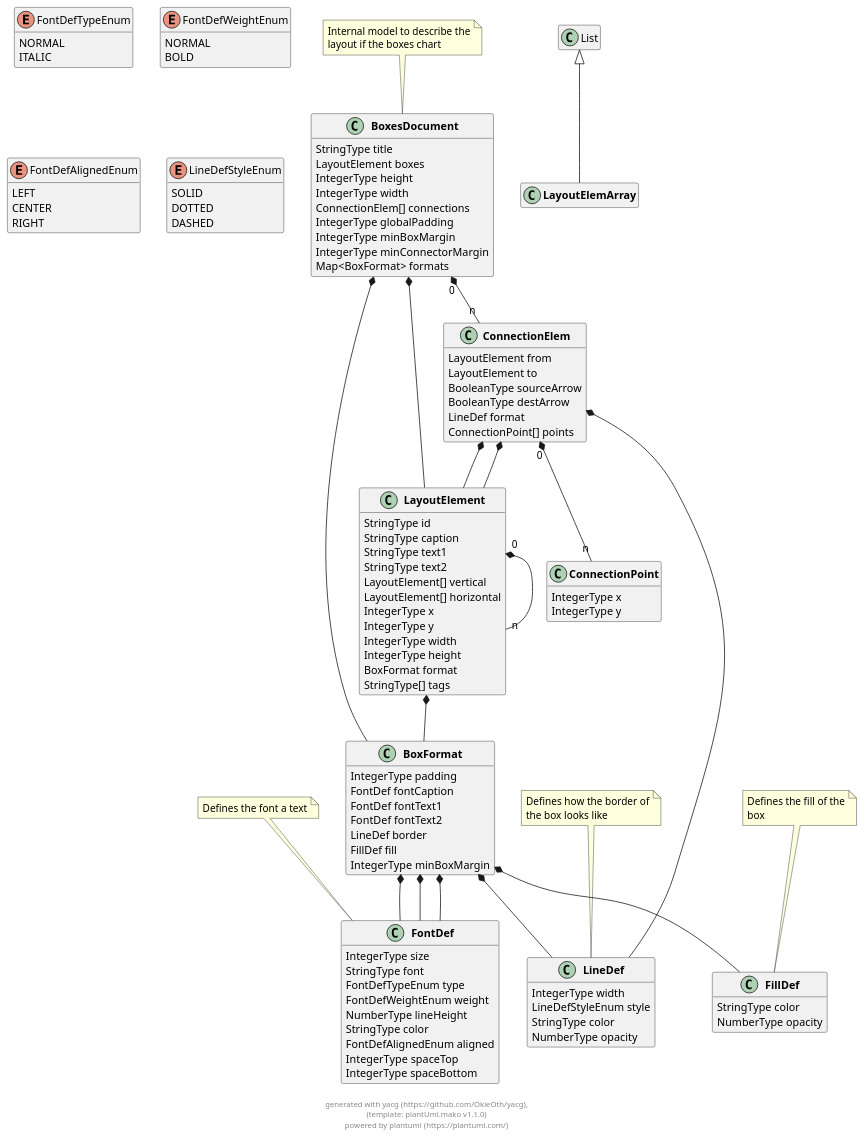
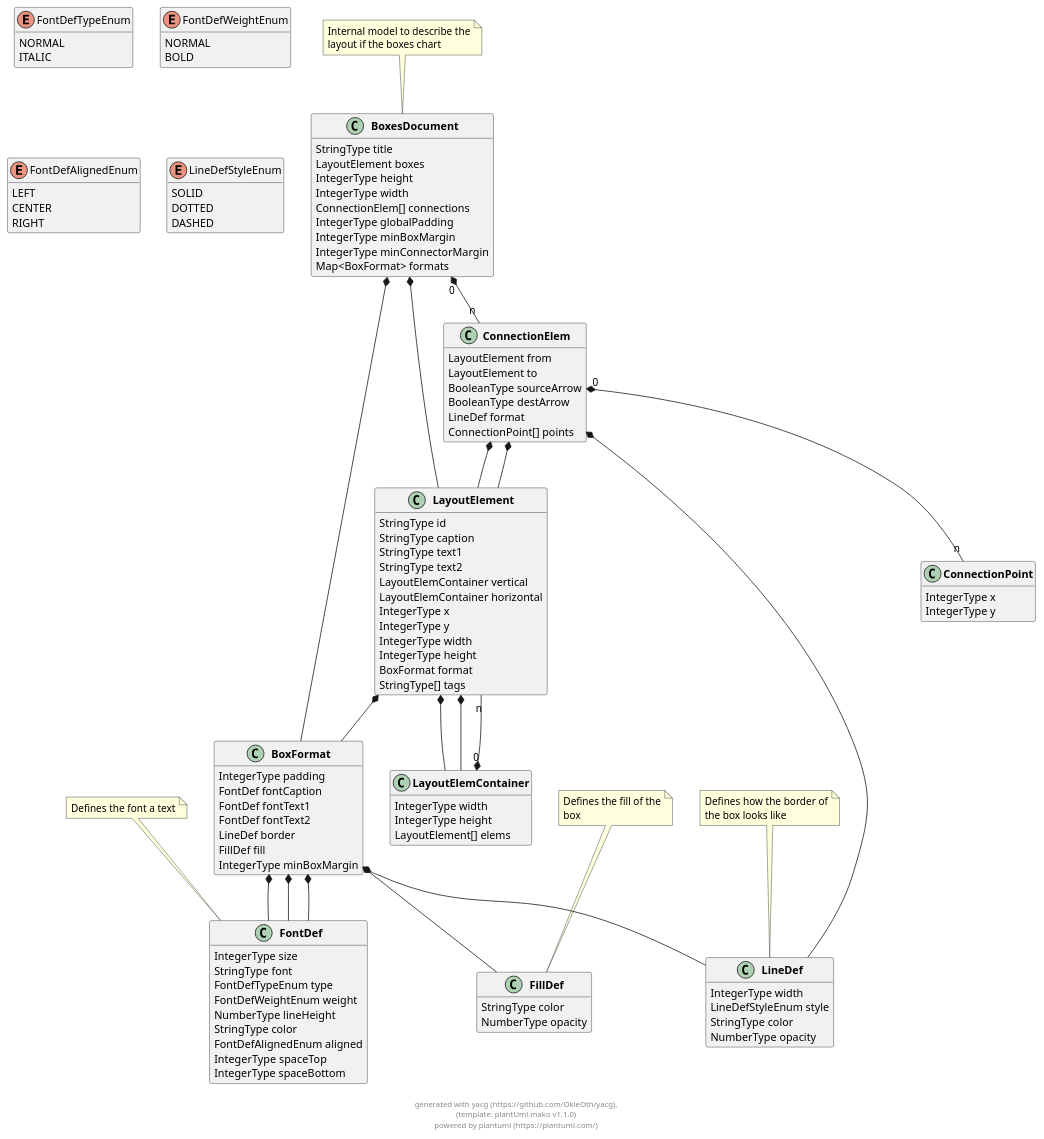
The diagram in docs/models/puml/boxes_document.puml (OkieOth/draw.chart.things), drawn with PlantUML before and after one commit. The commit also changed 7 other files, not shown here.

Commit message:
add width and height to vertical and horizontal

```diff
--- a/docs/models/puml/boxes_document.puml
+++ b/docs/models/puml/boxes_document.puml
@@ -24,8 +24,8 @@
         StringType caption
         StringType text1
         StringType text2
-        LayoutElement[] vertical
-        LayoutElement[] horizontal
+        LayoutElemContainer vertical
+        LayoutElemContainer horizontal
         IntegerType x
         IntegerType y
         IntegerType width
@@ -60,8 +60,13 @@
 
  
 
-class "**LayoutElemArray**" as LayoutElemArray extends List {
+class "**LayoutElemContainer**" as LayoutElemContainer {
+        IntegerType width
+        IntegerType height
+        LayoutElement[] elems
 }
+
+ 
 
 class "**ConnectionPoint**" as ConnectionPoint {
         IntegerType x
@@ -144,8 +149,9 @@
 
 
 
-LayoutElement "0" *-- "n" LayoutElement
+LayoutElement  *--  LayoutElemContainer
 
+LayoutElement  *--  LayoutElemContainer
 
 
 
@@ -180,6 +186,10 @@
 
 
     
+
+
+LayoutElemContainer "0" *-- "n" LayoutElement
+
     
 
 
```
